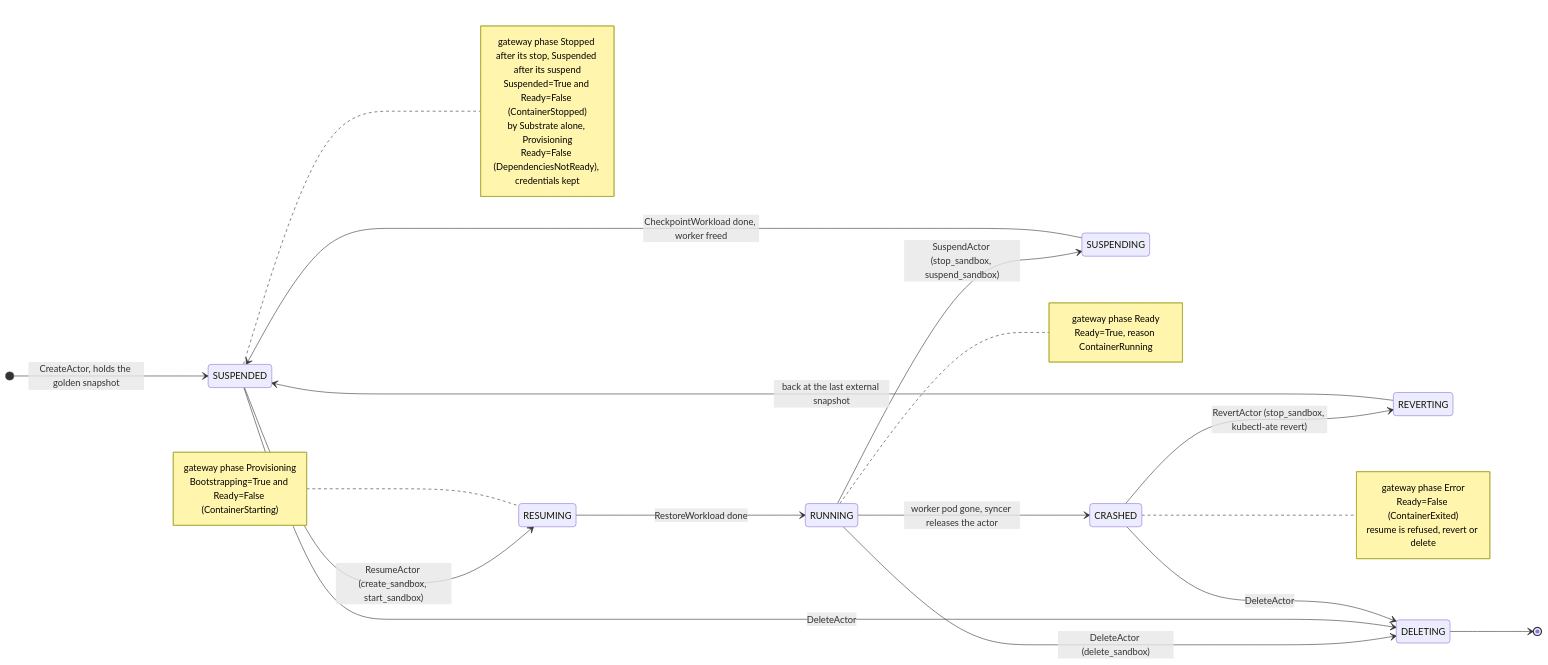
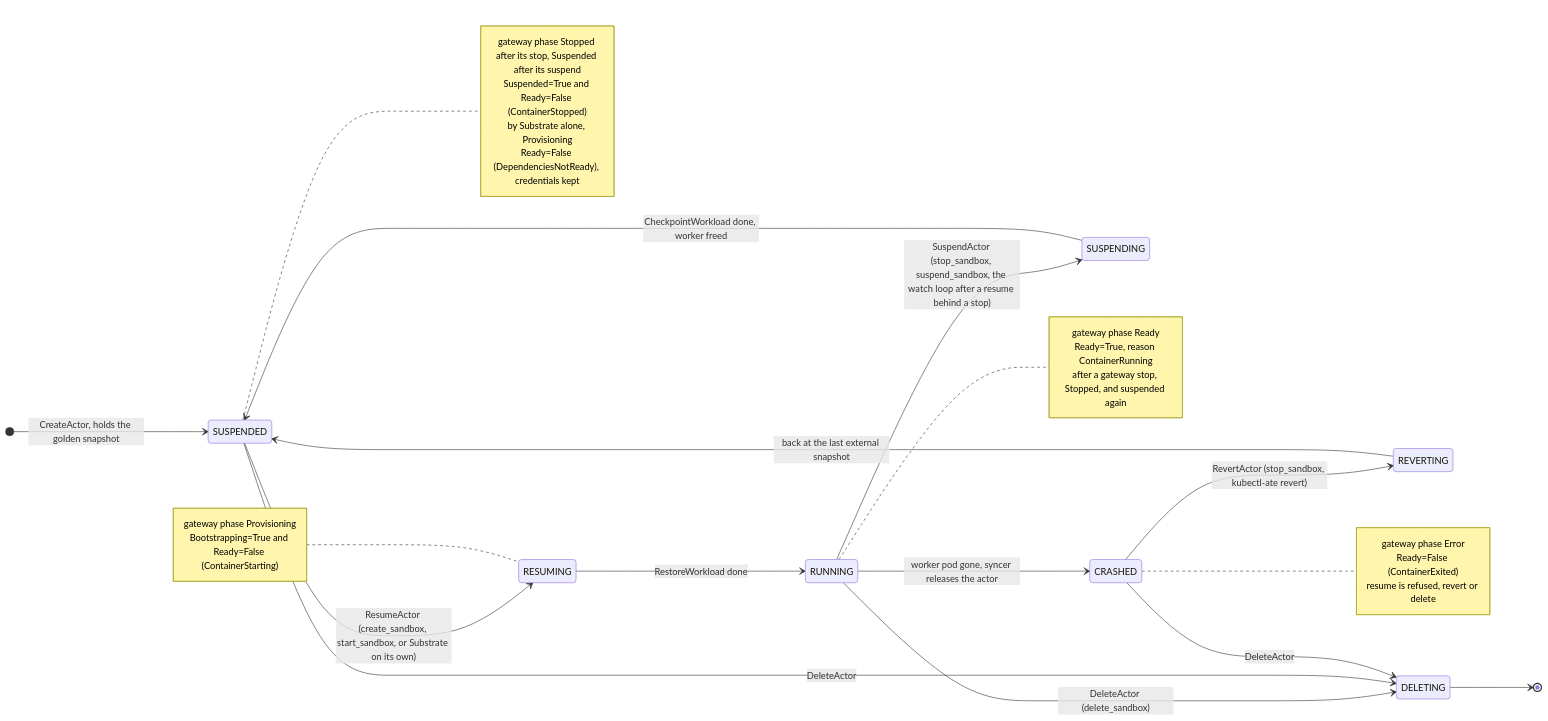
The third of 8 diagrams in docs/architecture.md (dims/openshell-driver-substrate), drawn with Mermaid before and after one commit. The commit also changed other lines of this file and 3 other files, not shown here.

First line of the commit message:
docs: wakeup probes, the uid binding and the re-suspend in every diagram

````diff
--- a/docs/architecture.md
+++ b/docs/architecture.md
@@ -343,36 +347,37 @@
 ```mermaid
 stateDiagram-v2
   direction LR
   [*] --> SUSPENDED: CreateActor, holds the golden snapshot
-  SUSPENDED --> RESUMING: ResumeActor (create_sandbox, start_sandbox)
+  SUSPENDED --> RESUMING: ResumeActor (create_sandbox, start_sandbox, or Substrate on its own)
   RESUMING --> RUNNING: RestoreWorkload done
-  RUNNING --> SUSPENDING: SuspendActor (stop_sandbox, suspend_sandbox)
+  RUNNING --> SUSPENDING: SuspendActor (stop_sandbox, suspend_sandbox, the watch loop after a resume behind a stop)
   SUSPENDING --> SUSPENDED: CheckpointWorkload done, worker freed
   RUNNING --> CRASHED: worker pod gone, syncer releases the actor
   CRASHED --> REVERTING: RevertActor (stop_sandbox, kubectl-ate revert)
   REVERTING --> SUSPENDED: back at the last external snapshot
   RUNNING --> DELETING: DeleteActor (delete_sandbox)
   SUSPENDED --> DELETING: DeleteActor
   CRASHED --> DELETING: DeleteActor
   DELETING --> [*]
 
   note right of RUNNING
     gateway phase Ready
     Ready=True, reason ContainerRunning
+    after a gateway stop, Stopped, and suspended again
   end note
   note right of SUSPENDED
     gateway phase Stopped after its stop, Suspended after its suspend
     Suspended=True and Ready=False (ContainerStopped)
     by Substrate alone, Provisioning
     Ready=False (DependenciesNotReady), credentials kept
   end note
   note left of RESUMING
     gateway phase Provisioning
     Bootstrapping=True and Ready=False (ContainerStarting)
   end note
   note right of CRASHED
     gateway phase Error
     Ready=False (ContainerExited)
     resume is refused, revert or delete
   end note
 ```
````
